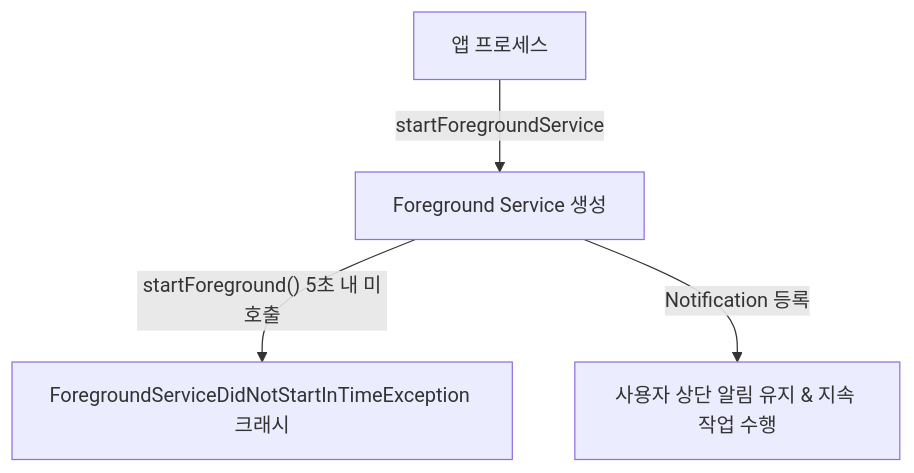
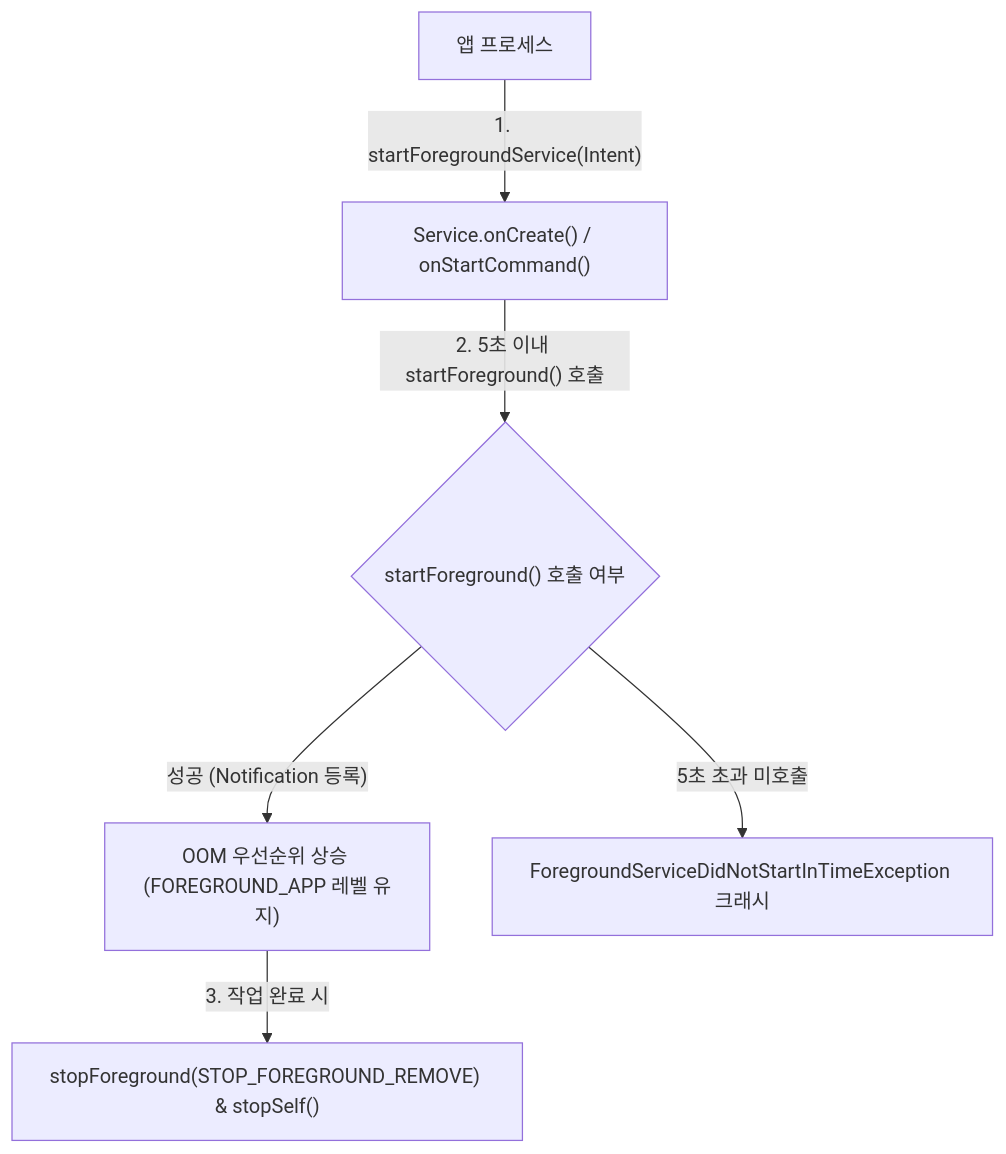
One commit to youngmin-gwon/what-i-studied changed the diagram in 01_inbox/mobile/android/04_system_services/background-and-notifications/foreground-service.md. Above: the diagram before and after it, drawn with Mermaid. The commit also changed other lines of this file and 83 other files, not shown here.

````diff
--- a/01_inbox/mobile/android/04_system_services/background-and-notifications/foreground-service.md
+++ b/01_inbox/mobile/android/04_system_services/background-and-notifications/foreground-service.md
@@ -24,6 +24,8 @@
 ```mermaid
 graph TD
-    App["앱 프로세스"] -->|"startForegroundService"| FGS["Foreground Service 생성"]
-    FGS -->|"startForeground() 5초 내 미호출"| Crash["ForegroundServiceDidNotStartInTimeException 크래시"]
-    FGS -->|"Notification 등록"| Running["사용자 상단 알림 유지 & 지속 작업 수행"]
+    App["앱 프로세스"] -->|"1. startForegroundService(Intent)"| Service["Service.onCreate() / onStartCommand()"]
+    Service -->|"2. 5초 이내 startForeground() 호출"| FGSCheck{"startForeground() 호출 여부"}
+    FGSCheck -->|"성공 (Notification 등록)"| Running["OOM 우선순위 상승 (FOREGROUND_APP 레벨 유지)"]
+    FGSCheck -->|"5초 초과 미호출"| Crash["ForegroundServiceDidNotStartInTimeException 크래시"]
+    Running -->|"3. 작업 완료 시"| Stop["stopForeground(STOP_FOREGROUND_REMOVE) & stopSelf()"]
 ```
````
